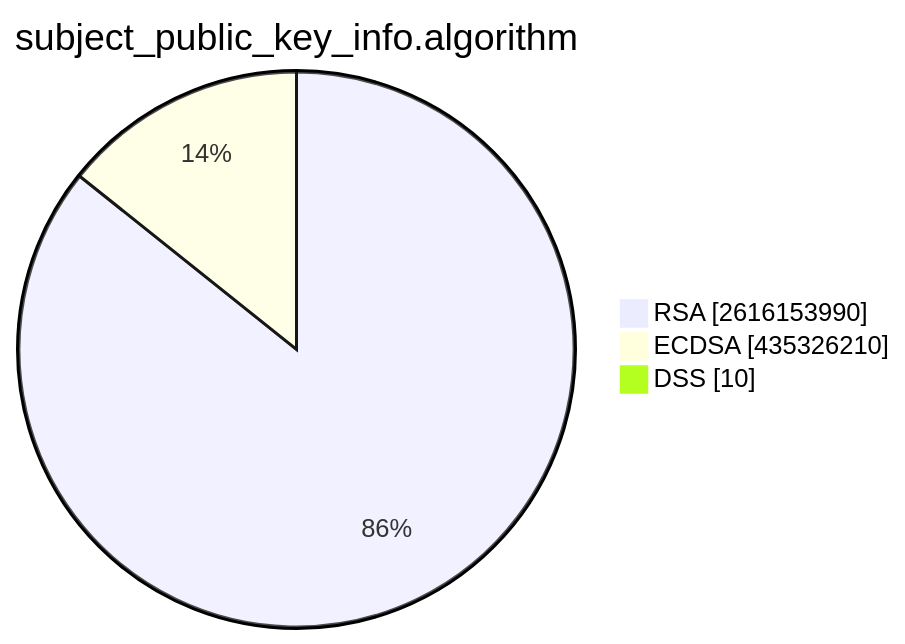
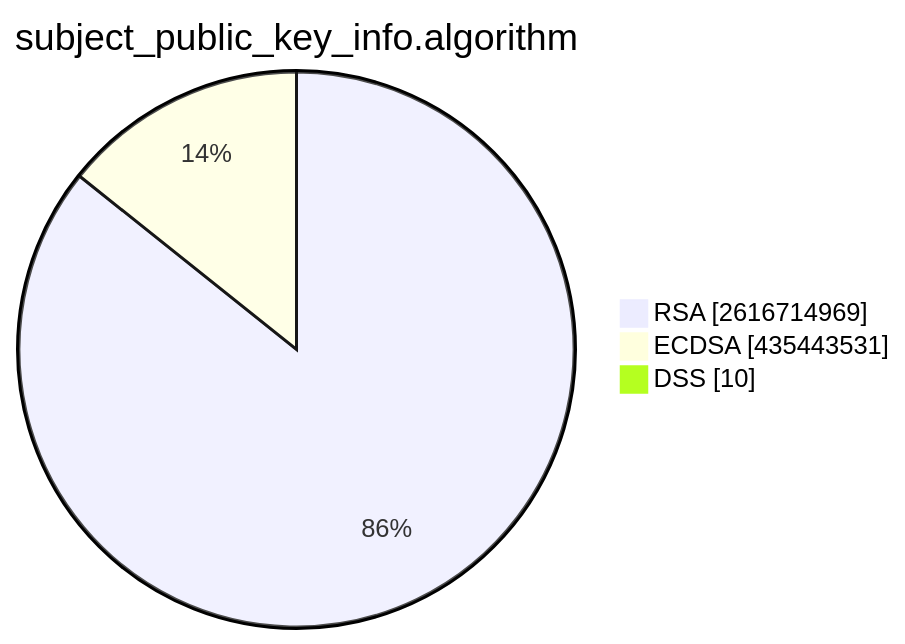
Before and after one commit to christiankrug/ctmonitor_visualization: the second of 15 diagrams in TOTAL/README.md, drawn with Mermaid. The commit also changed other lines of this file, not shown here.

````diff
--- a/TOTAL/README.md
+++ b/TOTAL/README.md
@@ -6,7 +6,7 @@
 ```mermaid
 pie showData
 title subject_public_key_info.algorithm
-"RSA" :2616153990
-"ECDSA" :435326210
+"RSA" :2616714969
+"ECDSA" :435443531
 "DSS" :10
 ```
````
